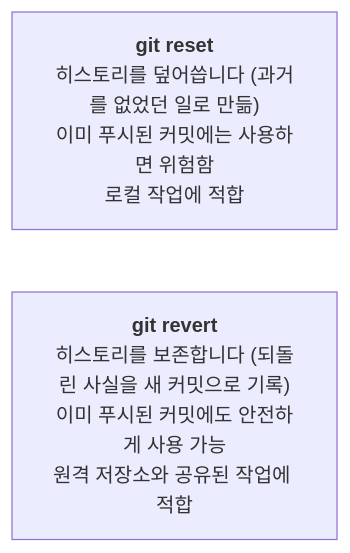
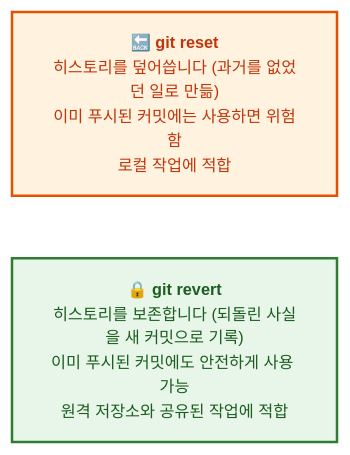
One commit to jingu279/Document changed the third of 6 diagrams in git/04_변경_되돌리기/01_Reset과_Revert.md. Above: the diagram before and after it, drawn with Mermaid. The commit also changed other lines of this file and 24 other files, not shown here.

First line of the commit message:
Git 문서 전체 Mermaid 다이어그램 스타일링 통일

````diff
--- a/git/04_변경_되돌리기/01_Reset과_Revert.md
+++ b/git/04_변경_되돌리기/01_Reset과_Revert.md
@@ -35,5 +37,12 @@
 ```mermaid
+%%{init: {'theme': 'base', 'themeVariables': {'fontSize': '13px'}}}%%
 flowchart LR
-  Reset["<b>git reset</b><br/>히스토리를 덮어씁니다 (과거를 없었던 일로 만듦)<br/>이미 푸시된 커밋에는 사용하면 위험함<br/>로컬 작업에 적합"]
-  Revert["<b>git revert</b><br/>히스토리를 보존합니다 (되돌린 사실을 새 커밋으로 기록)<br/>이미 푸시된 커밋에도 안전하게 사용 가능<br/>원격 저장소와 공유된 작업에 적합"]
+  classDef main fill:#fff3e0,stroke:#e65100,stroke-width:2px,color:#bf360c
+  classDef sub fill:#e8f5e9,stroke:#2e7d32,stroke-width:2px,color:#1b5e20
+  classDef proc fill:#e3f2fd,stroke:#1565c0,stroke-width:2px,color:#0d47a1
+  classDef decision fill:#fff9c4,stroke:#f9a825,stroke-width:2px,color:#e65100
+  classDef highlight fill:#f3e5f5,stroke:#6a1b9a,stroke-width:2px,color:#4a148c
+
+  Reset["🔙 <b>git reset</b><br/>히스토리를 덮어씁니다 (과거를 없었던 일로 만듦)<br/>이미 푸시된 커밋에는 사용하면 위험함<br/>로컬 작업에 적합"]:::main
+  Revert["🔒 <b>git revert</b><br/>히스토리를 보존합니다 (되돌린 사실을 새 커밋으로 기록)<br/>이미 푸시된 커밋에도 안전하게 사용 가능<br/>원격 저장소와 공유된 작업에 적합"]:::sub
 ```
````
